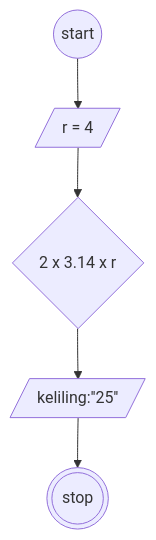
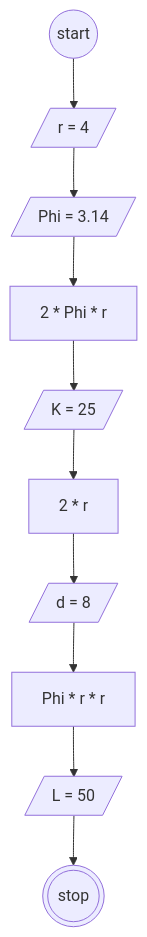
One commit to AbiPasundan/koda-b6-algoritma changed the diagram in flowchart-luas-keliling-lingkaran.md. Above: the diagram before and after it, drawn with Mermaid.

````diff
--- a/flowchart-luas-keliling-lingkaran.md
+++ b/flowchart-luas-keliling-lingkaran.md
@@ -1,12 +1,17 @@
 ```mermaid
 flowchart TB
  A@{ shape: circ, label: "start"} 
  B@{ shape: lean-r, label: "r = 4"}
- D@{ shape: diamond, label: "2 x 3.14 x r"}
- E@{ shape: lean-r, label: "keliling:''25''"}
+ C@{ shape: lean-r, label: "Phi = 3.14"}
+ D@{ shape: rect, label: "2 * Phi * r" }
+ E@{ shape: lean-r, label: "K = 25"}
+ F@{ shape: rect, label: "2 * r"}
+ G@{ shape: lean-r, label: "d = 8"}
+ H@{ shape: rect, label: "Phi * r * r"}
+ I@{ shape: lean-r, label: "L = 50"}
  Z@{ shape: dbl-circ, label: "stop"}
 
 
-A-->B-->D-->E-->Z
+A-->B-->C-->D-->E-->F-->G-->H-->I-->Z
 
 ```
````
